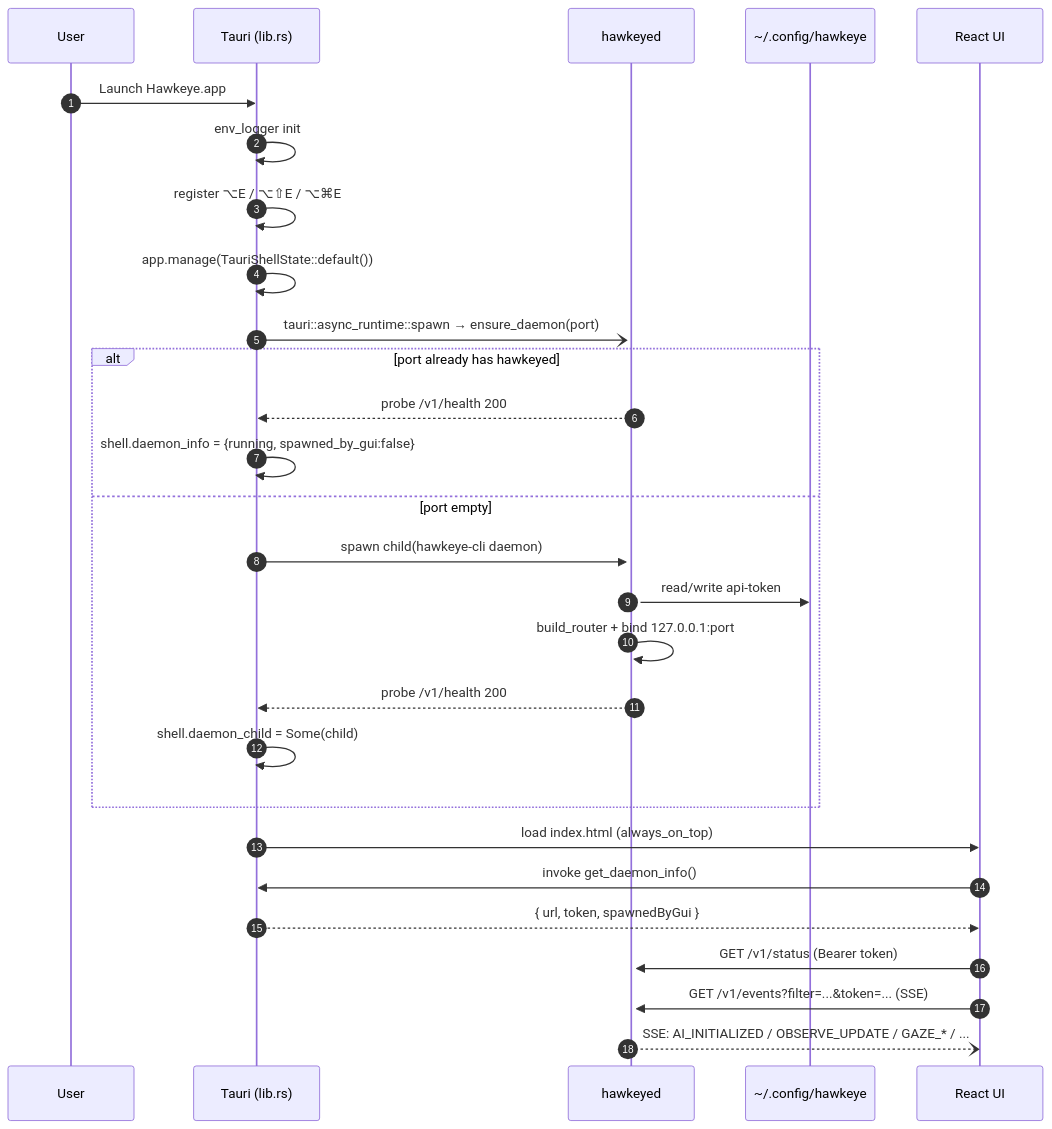
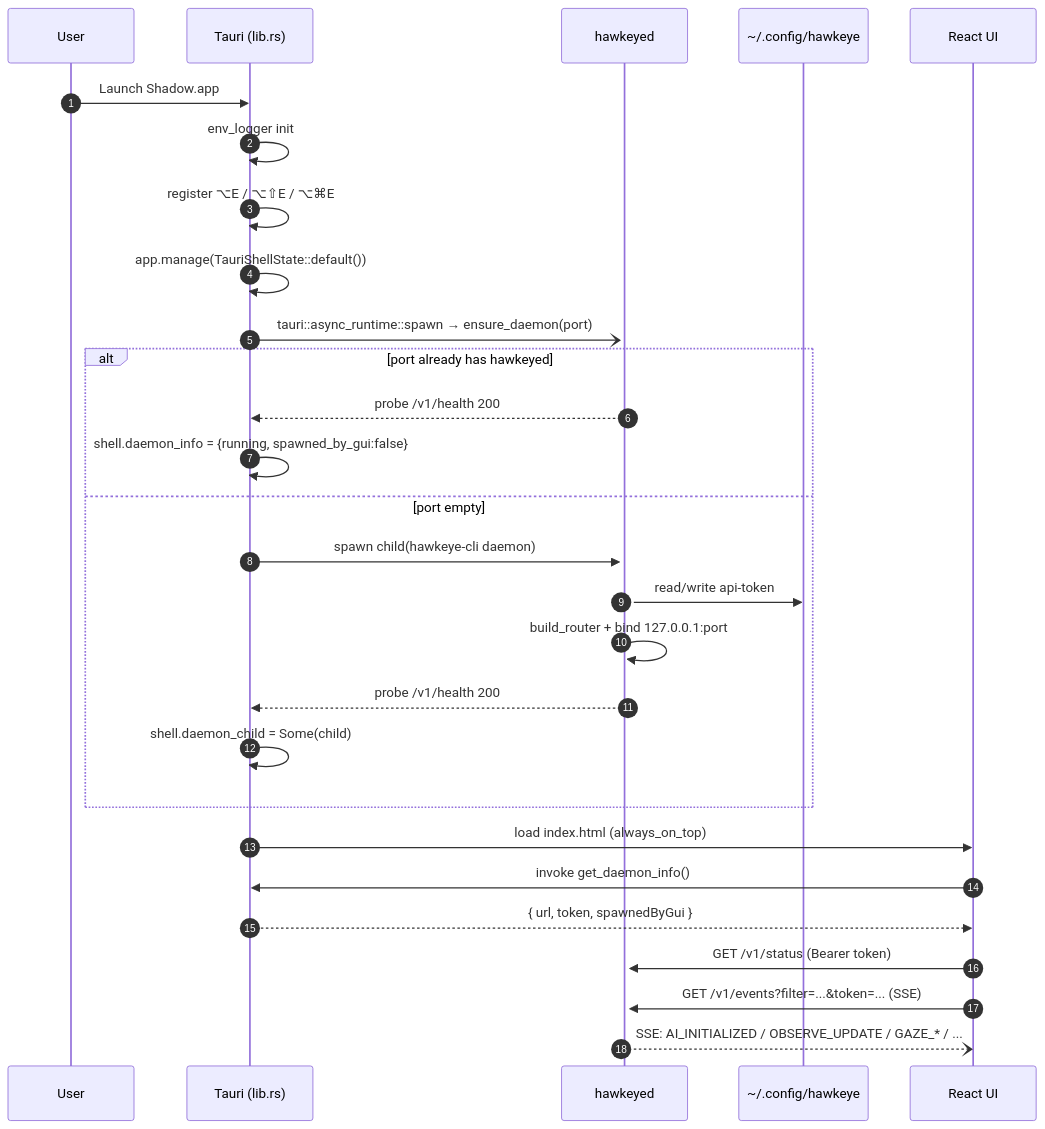
The second of 12 diagrams in README.md (tensorboy/hawkeye), drawn with Mermaid before and after one commit. The commit also changed other lines of this file and 165 other files, not shown here.

First line of the commit message:
brand: rename Hawkeye → Shadow across all user-facing text

````diff
--- a/README.md
+++ b/README.md
@@ -603,31 +603,31 @@
 ```mermaid
 sequenceDiagram
   autonumber
   participant U as User
   participant T as Tauri (lib.rs)
   participant D as hawkeyed
   participant FS as ~/.config/hawkeye
   participant R as React UI
 
-  U->>T: Launch Hawkeye.app
+  U->>T: Launch Shadow.app
   T->>T: env_logger init
   T->>T: register ⌥E / ⌥⇧E / ⌥⌘E
   T->>T: app.manage(TauriShellState::default())
   T-)+D: tauri::async_runtime::spawn → ensure_daemon(port)
   alt port already has hawkeyed
     D-->>T: probe /v1/health 200
     T->>T: shell.daemon_info = {running, spawned_by_gui:false}
   else port empty
     T->>D: spawn child(hawkeye-cli daemon)
     D->>FS: read/write api-token
     D->>D: build_router + bind 127.0.0.1:port
     D-->>T: probe /v1/health 200
     T->>T: shell.daemon_child = Some(child)
   end
   T->>R: load index.html (always_on_top)
   R->>T: invoke get_daemon_info()
   T-->>R: { url, token, spawnedByGui }
   R->>D: GET /v1/status (Bearer token)
   R->>D: GET /v1/events?filter=...&token=... (SSE)
   D--)R: SSE: AI_INITIALIZED / OBSERVE_UPDATE / GAZE_* / ...
 ```
````
